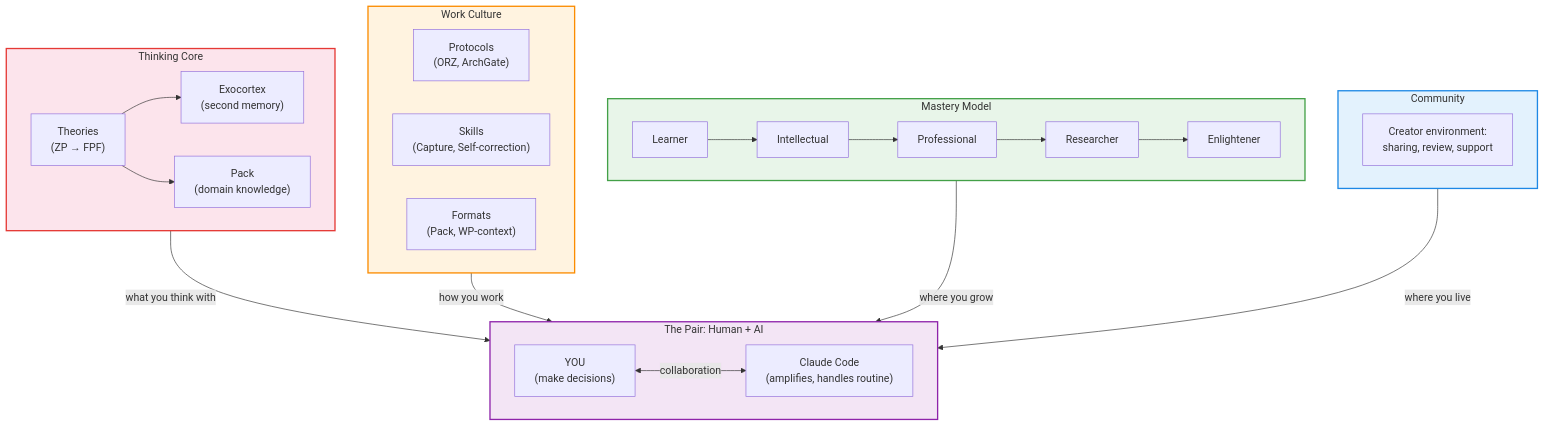
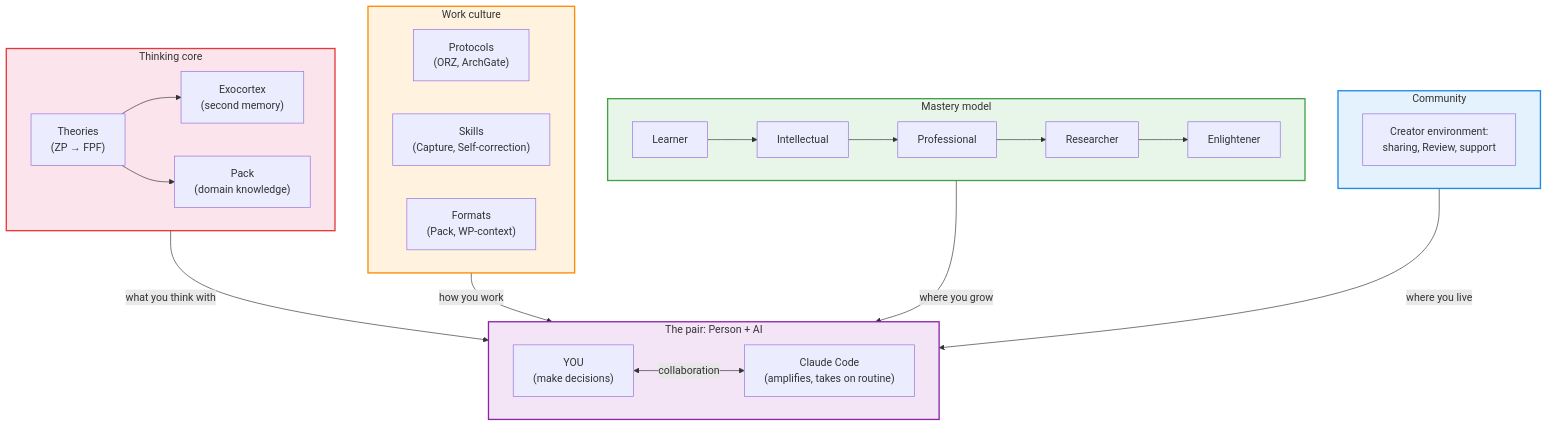
One commit to iwesys/IWE changed the second of 3 diagrams in docs/onboarding/onboarding-guide.md. Above: the diagram before and after it, drawn with Mermaid. The commit also changed other lines of this file and 3 other files, not shown here.

````diff
--- a/docs/onboarding/onboarding-guide.md
+++ b/docs/onboarding/onboarding-guide.md
@@ -222,44 +223,44 @@
 ```mermaid
 graph TB
-    subgraph core["Thinking Core"]
+    subgraph core["Thinking core"]
         direction LR
         ZP["Theories\n(ZP → FPF)"]
         EXO["Exocortex\n(second memory)"]
         PACK["Pack\n(domain knowledge)"]
         ZP --> EXO
         ZP --> PACK
     end
 
-    subgraph culture["Work Culture"]
+    subgraph culture["Work culture"]
         direction LR
         PROTOCOLS["Protocols\n(ORZ, ArchGate)"]
         SKILLS["Skills\n(Capture, Self-correction)"]
         FORMATS["Formats\n(Pack, WP-context)"]
     end
 
-    subgraph mastery["Mastery Model"]
+    subgraph mastery["Mastery model"]
         M1["Learner"] --> M2["Intellectual"] --> M3["Professional"] --> M4["Researcher"] --> M5["Enlightener"]
     end
 
     subgraph community["Community"]
-        COMM["Creator environment:\nsharing, review, support"]
+        COMM["Creator environment:\nsharing, Review, support"]
     end
 
-    subgraph pair["The Pair: Human + AI"]
+    subgraph pair["The pair: Person + AI"]
         direction LR
         USER["YOU\n(make decisions)"]
-        AI["Claude Code\n(amplifies, handles routine)"]
+        AI["Claude Code\n(amplifies, takes on routine)"]
         USER <-->|"collaboration"| AI
     end
 
     core -->|"what you think with"| pair
     culture -->|"how you work"| pair
     mastery -->|"where you grow"| pair
     community -->|"where you live"| pair
 
     style core fill:#fce4ec,stroke:#e53935,stroke-width:2px
     style culture fill:#fff3e0,stroke:#fb8c00,stroke-width:2px
     style mastery fill:#e8f5e9,stroke:#43a047,stroke-width:2px
     style community fill:#e3f2fd,stroke:#1e88e5,stroke-width:2px
     style pair fill:#f3e5f5,stroke:#8e24aa,stroke-width:2px
 ```
````
